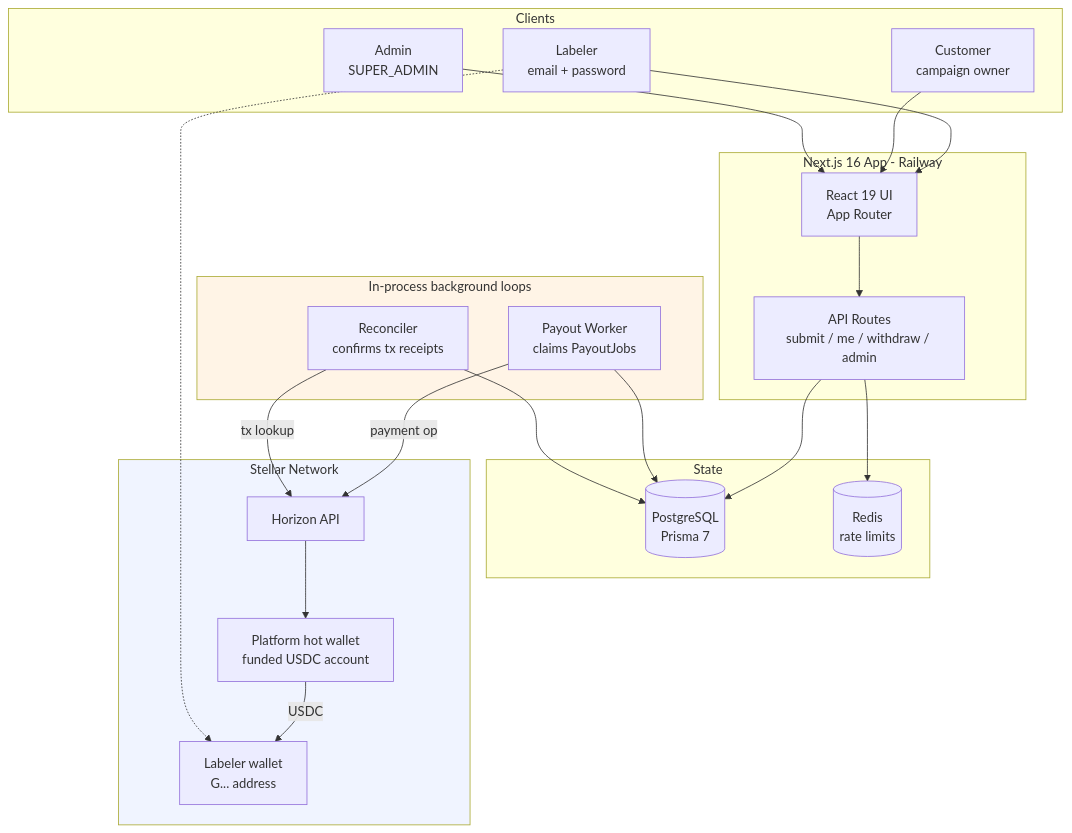
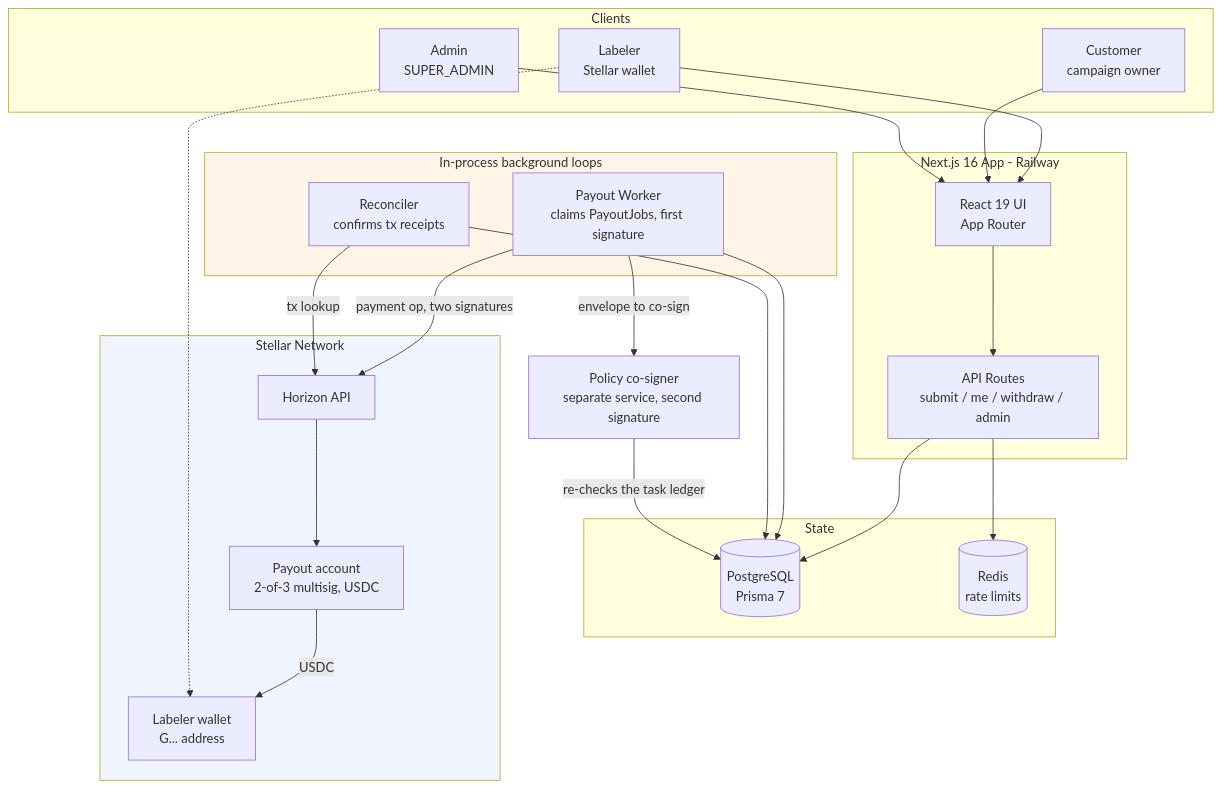
One commit to artisam-centient/centient changed the first of 4 diagrams in README.md. Above: the diagram before and after it, drawn with Mermaid. The commit also changed other lines of this file, not shown here.

````diff
--- a/README.md
+++ b/README.md
@@ -79,46 +129,50 @@
 ```mermaid
 flowchart TB
     subgraph clients [Clients]
-        L[Labeler<br/>email + password]
+        L[Labeler<br/>Stellar wallet]
         C[Customer<br/>campaign owner]
         A[Admin<br/>SUPER_ADMIN]
     end
 
     subgraph app [Next.js 16 App - Railway]
         UI[React 19 UI<br/>App Router]
         API[API Routes<br/>submit / me / withdraw / admin]
     end
 
     subgraph workers [In-process background loops]
-        PW[Payout Worker<br/>claims PayoutJobs]
+        PW[Payout Worker<br/>claims PayoutJobs, first signature]
         RC[Reconciler<br/>confirms tx receipts]
     end
+
+    CS[Policy co-signer<br/>separate service, second signature]
 
     subgraph data [State]
         PG[(PostgreSQL<br/>Prisma 7)]
         RD[(Redis<br/>rate limits)]
     end
 
     subgraph stellar [Stellar Network]
         HZ[Horizon API]
-        HW[Platform hot wallet<br/>funded USDC account]
+        HW[Payout account<br/>2-of-3 multisig, USDC]
         LW[Labeler wallet<br/>G... address]
     end
 
     L --> UI
     C --> UI
     A --> UI
     UI --> API
     API --> PG
     API --> RD
     PW --> PG
     RC --> PG
-    PW -->|payment op| HZ
+    PW -->|envelope to co-sign| CS
+    CS -->|re-checks the task ledger| PG
+    PW -->|payment op, two signatures| HZ
     RC -->|tx lookup| HZ
     HZ --> HW
     HW -->|USDC| LW
     L -.-> LW
 
     style stellar fill:#f0f4ff
     style workers fill:#fff4e6
 ```
````
